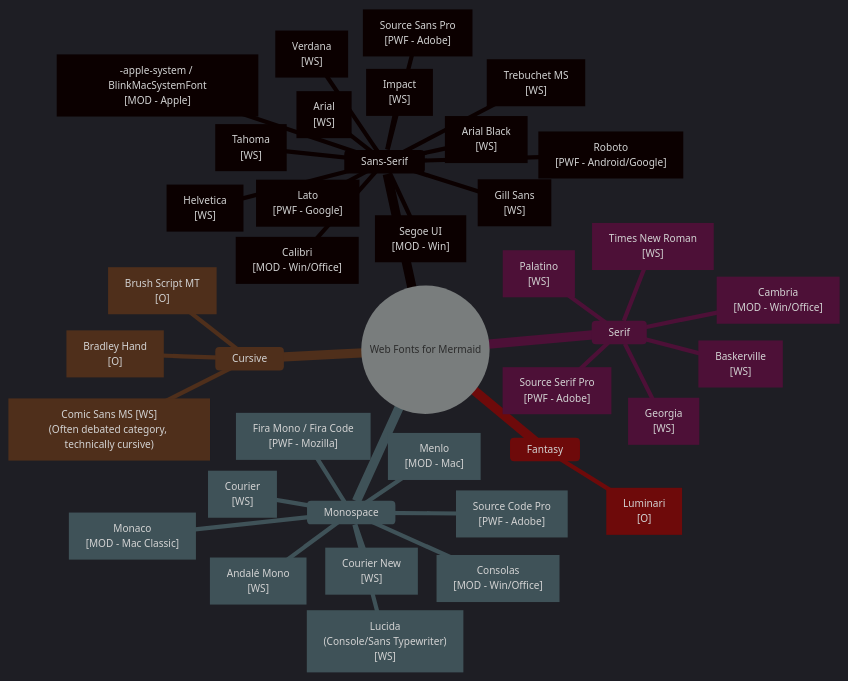
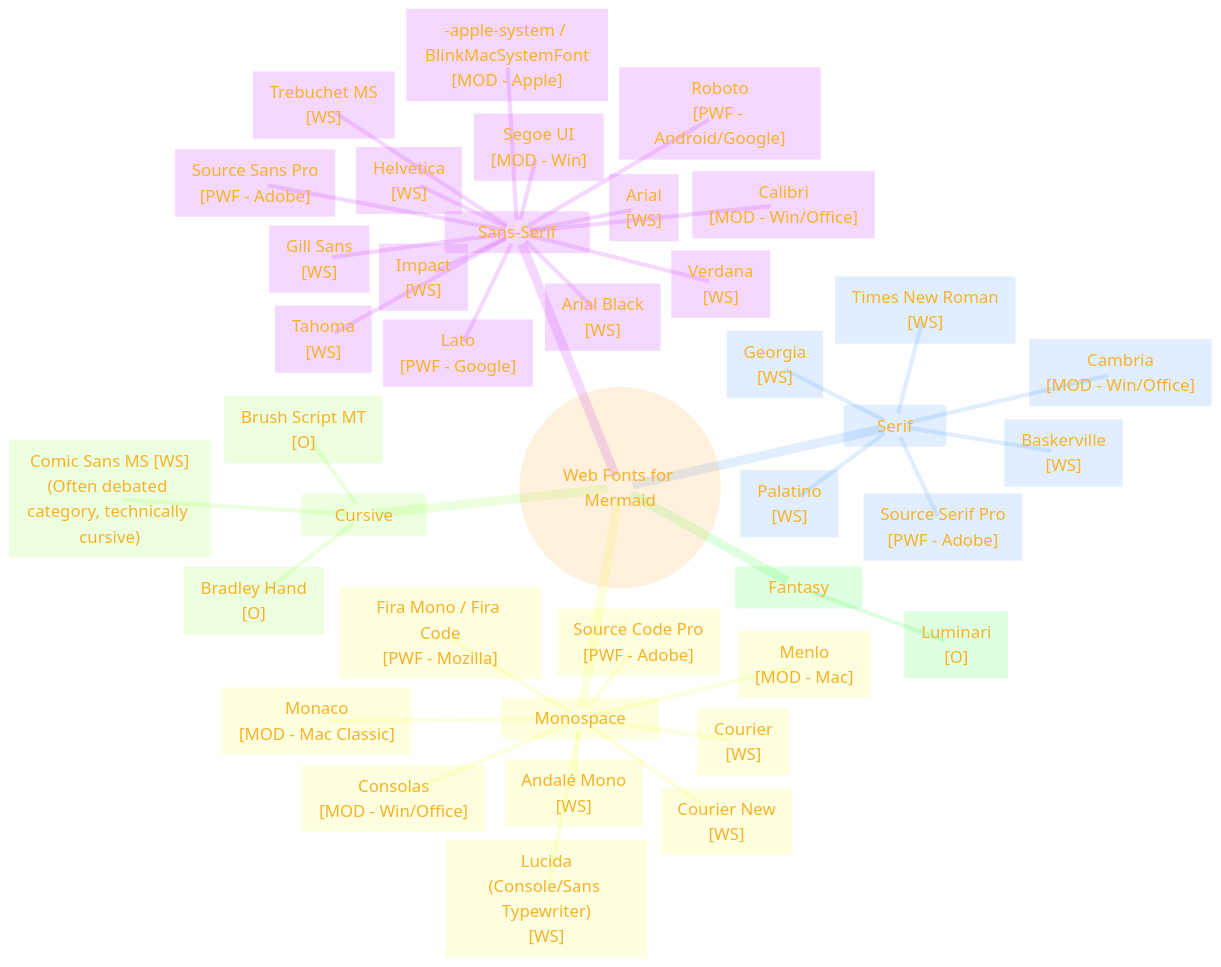
One commit to CongLeSolutionX/ArchExplorer changed the first of 3 diagrams in MERMAID_JS/Web_Font_Guide/Web_Font_Guide.md. Above: the diagram before and after it, drawn with Mermaid. The commit also changed other lines of this file, not shown here.

````diff
--- a/MERMAID_JS/Web_Font_Guide/Web_Font_Guide.md
+++ b/MERMAID_JS/Web_Font_Guide/Web_Font_Guide.md
@@ -37,61 +37,71 @@
 ```mermaid
 ---
 title: "Font Categorization and Origin"
 author: "Cong Le"
 version: "1.0"
 license(s): "MIT, CC BY 4.0"
 copyright: "Copyright (c) 2025 Cong Le. All Rights Reserved."
 config:
-  theme: dark
+  theme: base
 ---
 %%%%%%%% Mermaid version v11.4.1-b.14
 %%{
   init: {
+    'fontFamily': 'Andale Mono, monospace',
+    'mindmap': {
+	    'nodeAlign': 'center',
+	    'padding': 20
+    },
     'themeVariables': {
-      'fontSize': '12px',
-      'fontFamily': 'Monospace'
+      'primaryColor': '#FC82',
+      'primaryTextColor': '#F8B229',
+      'primaryBorderColor': '#27AE60',
+      'secondaryColor': '#EBF3',
+      'secondaryTextColor': '#6C3483',
+      'secondaryBorderColor': '#A569BD',
+      'fontSize': '20px'
     }
   }
 }%%
 mindmap
   root((Web Fonts for Mermaid))
     Sans-Serif
       Helvetica["Helvetica<br>[WS]"]
       Arial["Arial<br>[WS]"]
       Arial_Black["Arial Black<br>[WS]"]
       Verdana["Verdana<br>[WS]"]
       Tahoma["Tahoma<br>[WS]"]
       Trebuchet_MS["Trebuchet MS<br>[WS]"]
       Impact["Impact<br>[WS]"]
       Gill_Sans["Gill Sans<br>[WS]"]
       Segoe_UI["Segoe UI<br>[MOD - Win]"]
       apple_system["-apple-system / BlinkMacSystemFont<br>[MOD - Apple]"]
       Calibri["Calibri<br>[MOD - Win/Office]"]
       Roboto["Roboto<br>[PWF - Android/Google]"]
       Source_Sans_Pro["Source Sans Pro<br>[PWF - Adobe]"]
       Lato["Lato<br>[PWF - Google]"]
     Serif
       Times_New_Roman["Times New Roman<br>[WS]"]
       Georgia["Georgia<br>[WS]"]
       Palatino["Palatino<br>[WS]"]
       Baskerville["Baskerville<br>[WS]"]
       Cambria["Cambria<br>[MOD - Win/Office]"]
       Source_Serif_Pro["Source Serif Pro<br>[PWF - Adobe]"]
     Monospace
       Andale_Mono["Andalé Mono<br>[WS]"]
       Courier["Courier<br>[WS]"]
       Courier_New["Courier New<br>[WS]"]
       Lucida["Lucida<br>(Console/Sans Typewriter)<br>[WS]"]
       Monaco["Monaco<br>[MOD - Mac Classic]"]
       Consolas["Consolas<br>[MOD - Win/Office]"]
       Menlo["Menlo<br>[MOD - Mac]"]
       Source_Code_Pro["Source Code Pro<br>[PWF - Adobe]"]
       Fira_Mono_Fira_Code["Fira Mono / Fira Code<br>[PWF - Mozilla]"]
     Cursive
       Comic_Sans_MS["Comic Sans MS [WS]<br>(Often debated category, technically cursive)"]
       Bradley_Hand["Bradley Hand<br>[O]"]
       Brush_Script_MT["Brush Script MT<br>[O]"]
     Fantasy
       Luminari["Luminari<br>[O]"]
       
 ```
````
